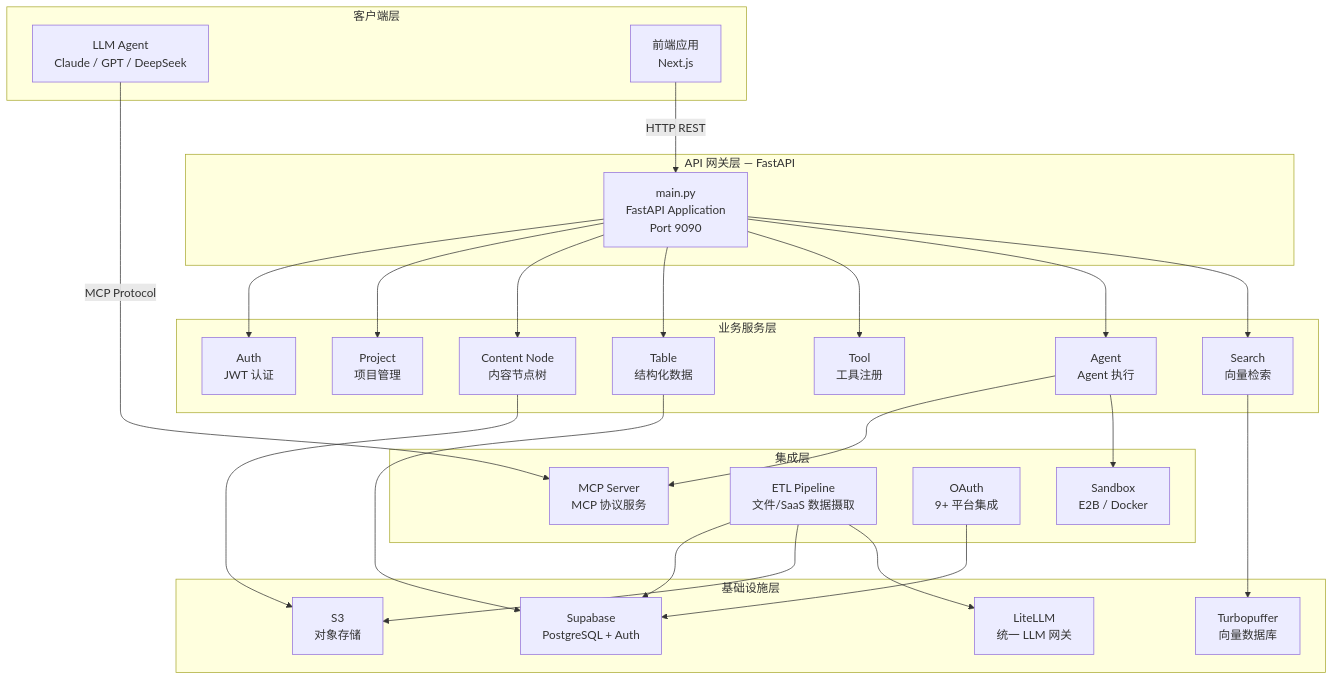
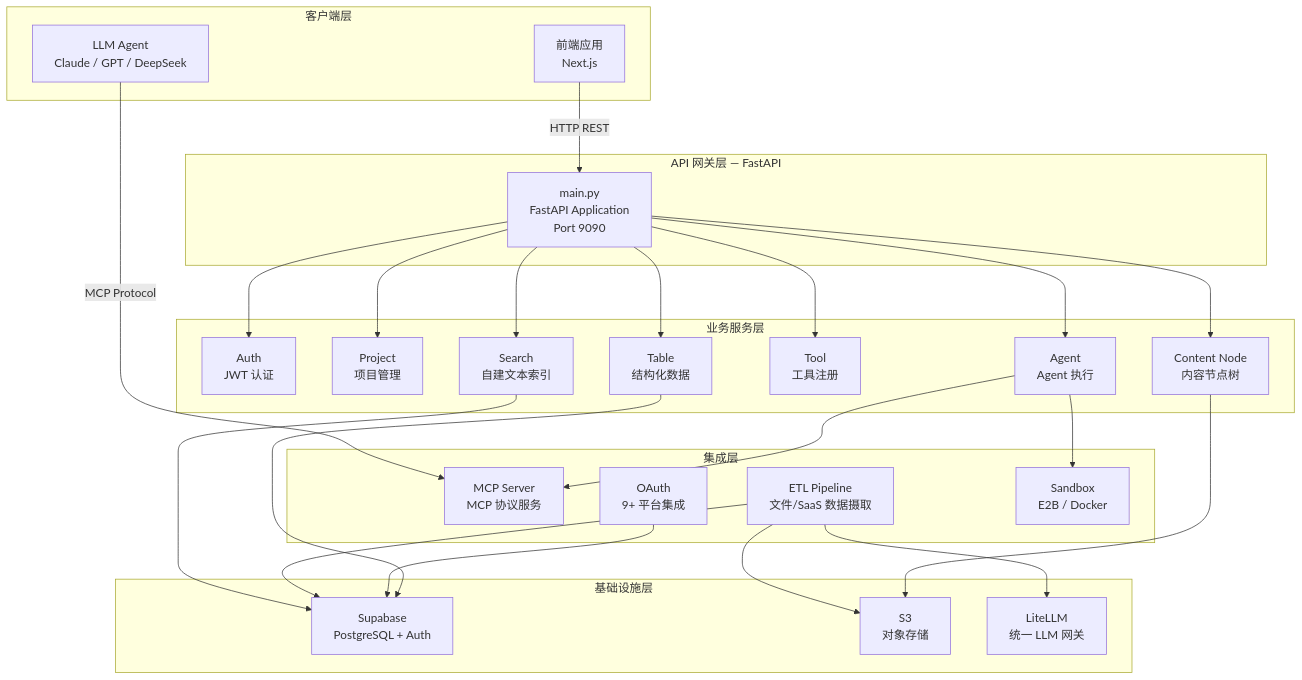
Before and after one commit to puppyone-ai/puppyone-cloud: the diagram in backend/README.md, drawn with Mermaid. The commit also changed other lines of this file and 78 other files, not shown here.

First line of the commit message:
refactor(search): remove Turbopuffer and the Search Tools

````diff
--- a/backend/README.md
+++ b/backend/README.md
@@ -20,45 +20,44 @@
 ```mermaid
 graph TB
     subgraph "客户端层"
         A1[LLM Agent<br/>Claude / GPT / DeepSeek]
         A2[前端应用<br/>Next.js]
     end
 
     subgraph "API 网关层 — FastAPI"
         B[main.py<br/>FastAPI Application<br/>Port 9090]
     end
 
     subgraph "业务服务层"
         C1[Auth<br/>JWT 认证]
         C2[Project<br/>项目管理]
         C3[Content Node<br/>内容节点树]
         C4[Table<br/>结构化数据]
         C5[Tool<br/>工具注册]
         C6[Agent<br/>Agent 执行]
-        C7[Search<br/>向量检索]
+        C7[Search<br/>自建文本索引]
     end
 
     subgraph "集成层"
         D1[MCP Server<br/>MCP 协议服务]
         D2[ETL Pipeline<br/>文件/SaaS 数据摄取]
         D3[OAuth<br/>9+ 平台集成]
         D4[Sandbox<br/>E2B / Docker]
     end
 
     subgraph "基础设施层"
         E1[Supabase<br/>PostgreSQL + Auth]
         E2[S3<br/>对象存储]
-        E3[Turbopuffer<br/>向量数据库]
         E4[LiteLLM<br/>统一 LLM 网关]
     end
 
     A1 -->|MCP Protocol| D1
     A2 -->|HTTP REST| B
     B --> C1 & C2 & C3 & C4 & C5 & C6 & C7
     C6 --> D1 & D4
-    C7 --> E3
+    C7 --> E1
     D2 --> E1 & E2 & E4
     D3 --> E1
     C3 --> E2
     C4 --> E1
 ```
````
